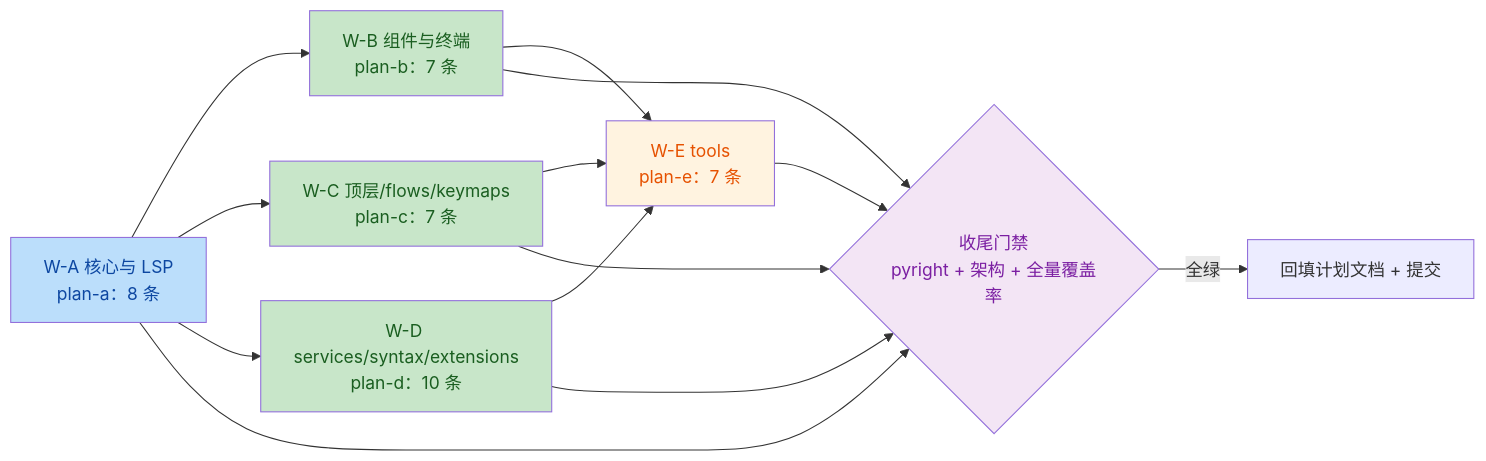
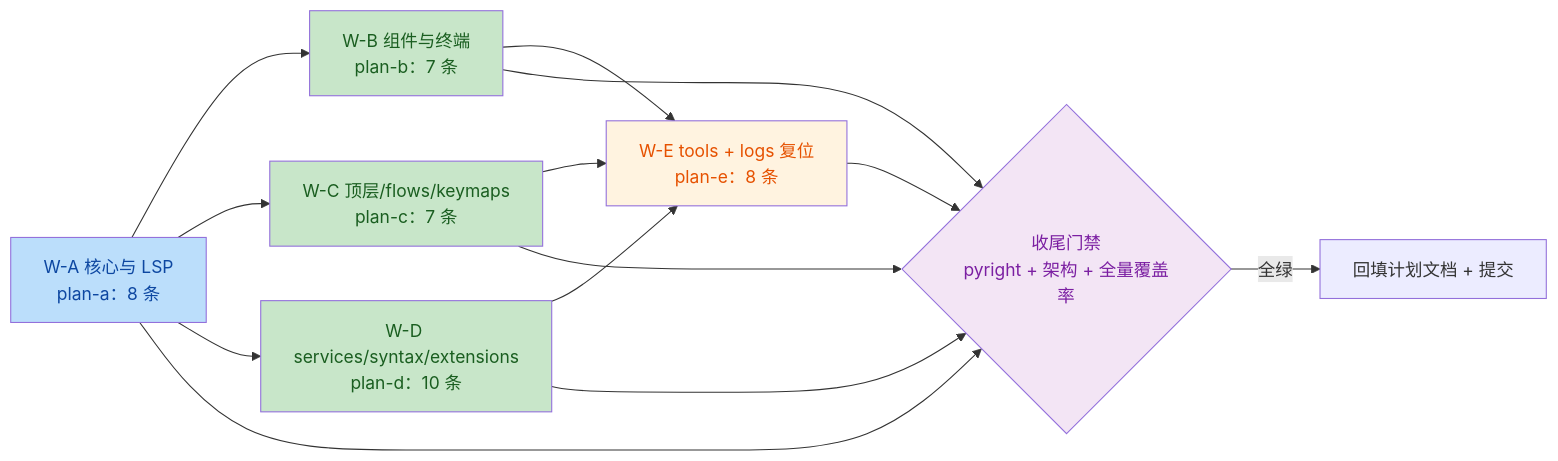
The diagram in .trae/documents/trae-review-fixes-plans/overview.md (BigThxBrigde/yate), drawn with Mermaid before and after one commit. The commit also changed other lines of this file and 2 other files, not shown here.

````diff
--- a/.trae/documents/trae-review-fixes-plans/overview.md
+++ b/.trae/documents/trae-review-fixes-plans/overview.md
@@ -55,21 +57,21 @@
 ```mermaid
 flowchart LR
     A["W-A 核心与 LSP<br/>plan-a：8 条"] --> B["W-B 组件与终端<br/>plan-b：7 条"]
     A --> C["W-C 顶层/flows/keymaps<br/>plan-c：7 条"]
     A --> D["W-D services/syntax/extensions<br/>plan-d：10 条"]
-    B --> E["W-E tools<br/>plan-e：7 条"]
+    B --> E["W-E tools + logs 复位<br/>plan-e：8 条"]
     C --> E
     D --> E
     A --> G{"收尾门禁<br/>pyright + 架构 + 全量覆盖率"}
     B --> G
     C --> G
     D --> G
     E --> G
     G -->|全绿| H["回填计划文档 + 提交"]
     style A fill:#bbdefb,color:#0d47a1
     style B fill:#c8e6c9,color:#1a5e20
     style C fill:#c8e6c9,color:#1a5e20
     style D fill:#c8e6c9,color:#1a5e20
     style E fill:#fff3e0,color:#e65100
     style G fill:#f3e5f5,color:#7b1fa2
 ```
````
